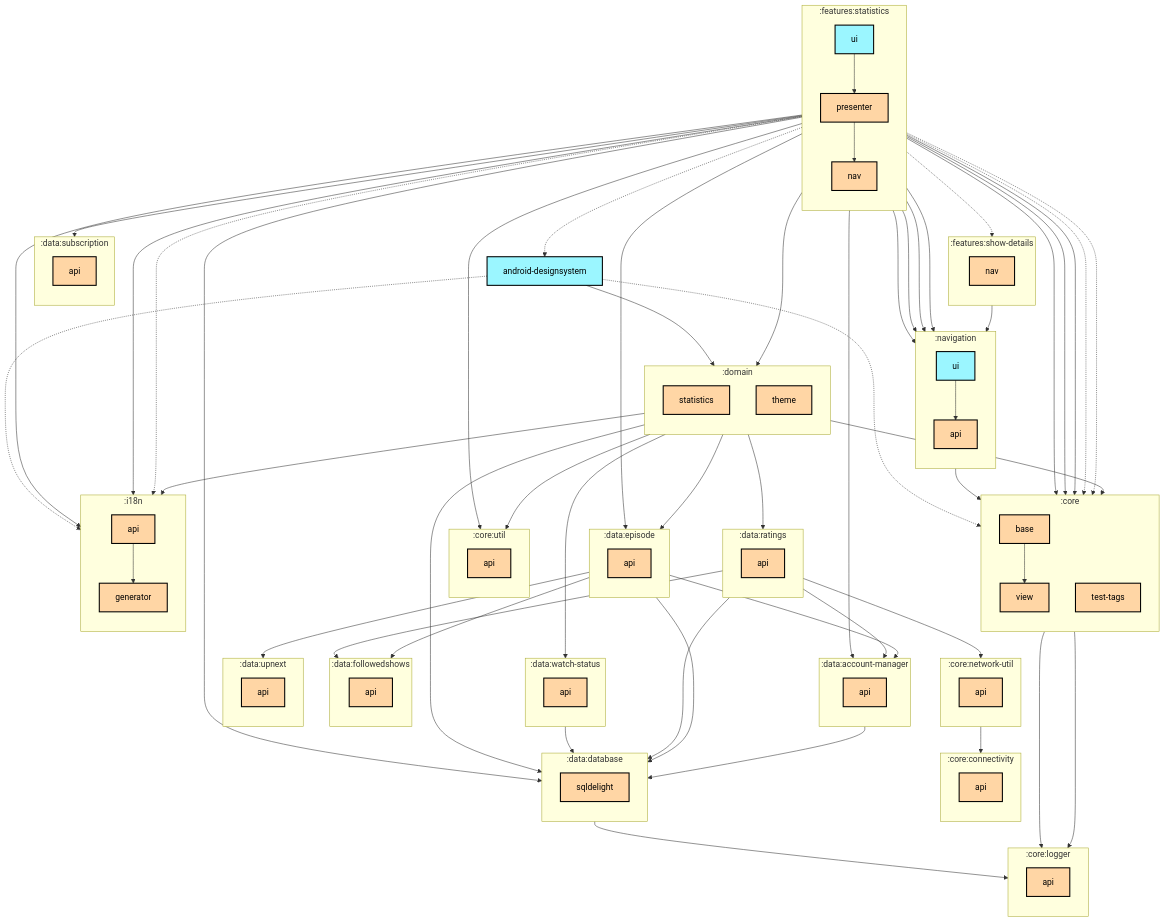
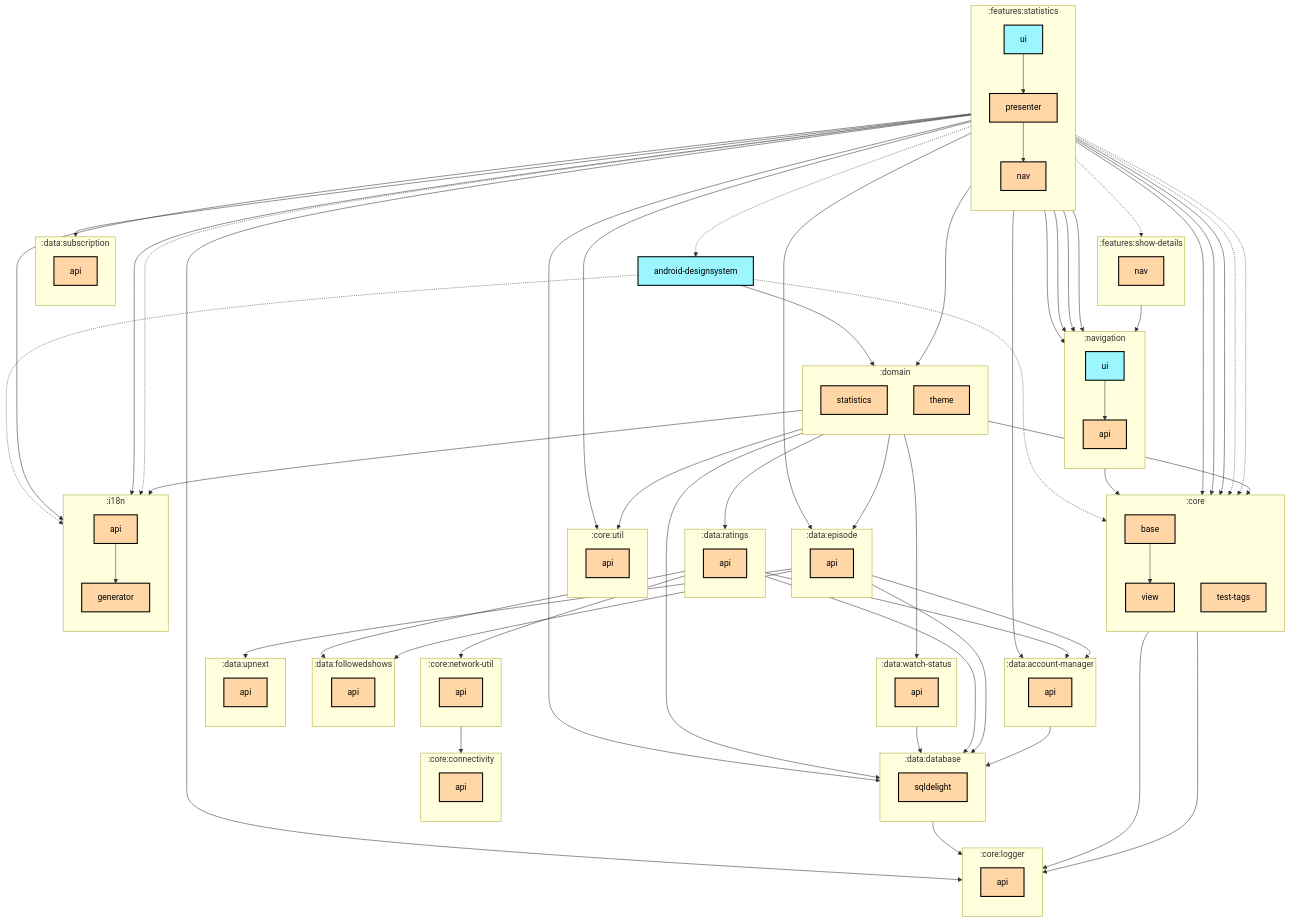
The first of 2 diagrams in features/statistics/ui/README.md (thomaskioko/tv-maniac), drawn with Mermaid before and after one commit. The commit also changed 3 other files, not shown here.

Commit message:
Update graph dependencies

```diff
--- a/features/statistics/ui/README.md
+++ b/features/statistics/ui/README.md
@@ -114,6 +114,7 @@
   :features:show-details:nav --> :navigation:api
   :features:statistics:nav --> :navigation:api
   :features:statistics:presenter --> :core:base
+  :features:statistics:presenter --> :core:logger:api
   :features:statistics:presenter --> :core:util:api
   :features:statistics:presenter --> :core:view
   :features:statistics:presenter --> :data:account-manager:api
```
